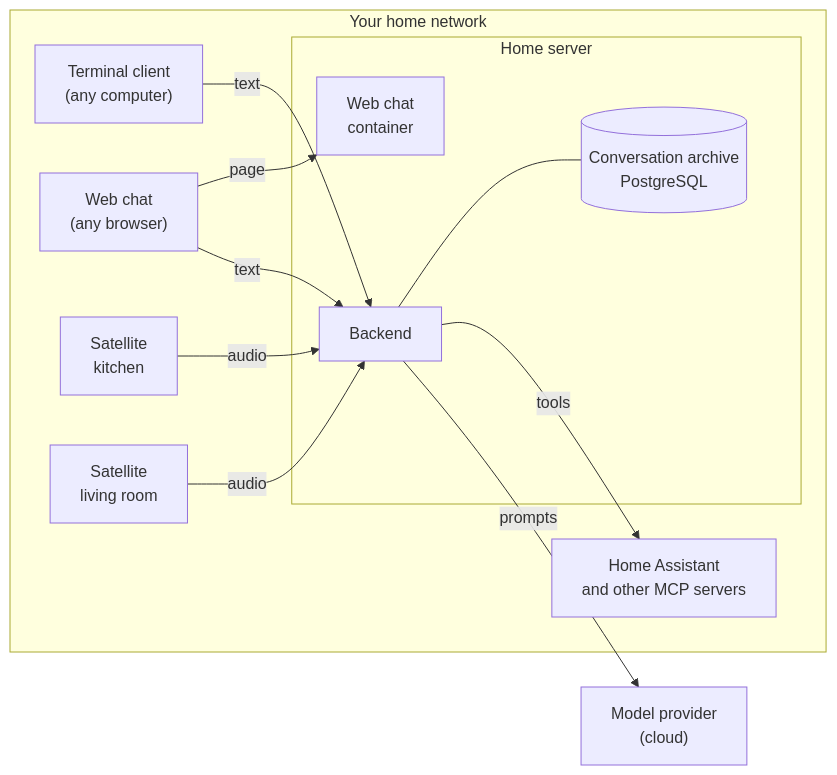
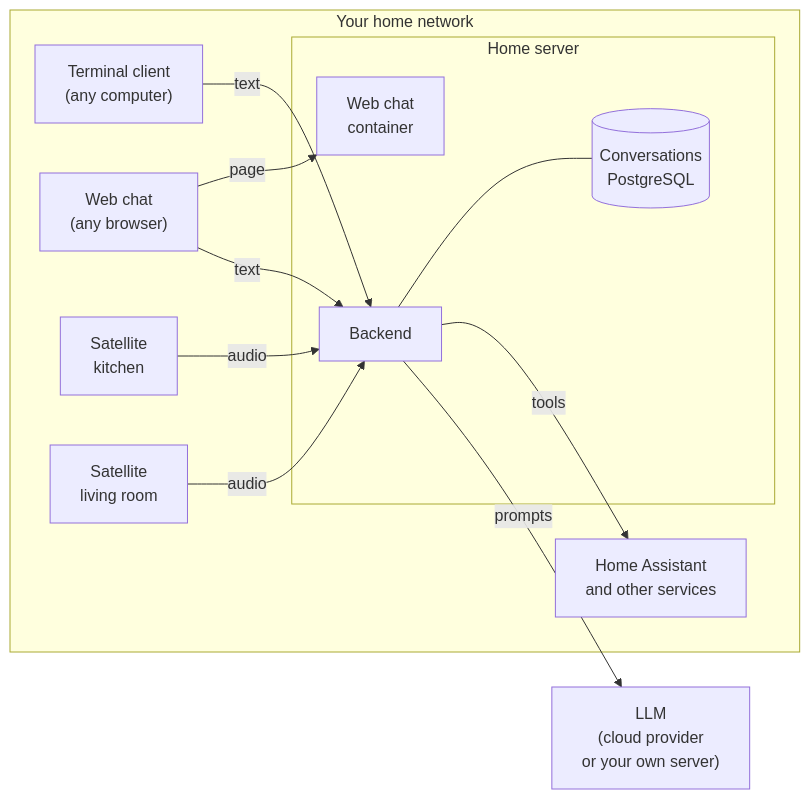
Before and after one commit to ambrogio-app/ambrogio-docs: the diagram in src/content/docs/explanation/architecture.md, drawn with Mermaid. The commit also changed other lines of this file and 41 other files, not shown here.

````diff
--- a/src/content/docs/explanation/architecture.md
+++ b/src/content/docs/explanation/architecture.md
@@ -10,25 +10,25 @@
 ```mermaid
 flowchart LR
     subgraph home[Your home network]
         CLI["Terminal client<br/>(any computer)"]
         WEB["Web chat<br/>(any browser)"]
         S1["Satellite<br/>kitchen"]
         S2["Satellite<br/>living room"]
         subgraph server[Home server]
             B["Backend"]
             W["Web chat<br/>container"]
-            DB[("Conversation archive<br/>PostgreSQL")]
+            DB[("Conversations<br/>PostgreSQL")]
         end
-        HA["Home Assistant<br/>and other MCP servers"]
+        HA["Home Assistant<br/>and other services"]
     end
-    LLM["Model provider<br/>(cloud)"]
+    LLM["LLM<br/>(cloud provider<br/>or your own server)"]
 
     CLI -- text --> B
     WEB -- page --> W
     WEB -- text --> B
     S1 -- audio --> B
     S2 -- audio --> B
     B --- DB
     B -- tools --> HA
     B -- prompts --> LLM
 ```
````
